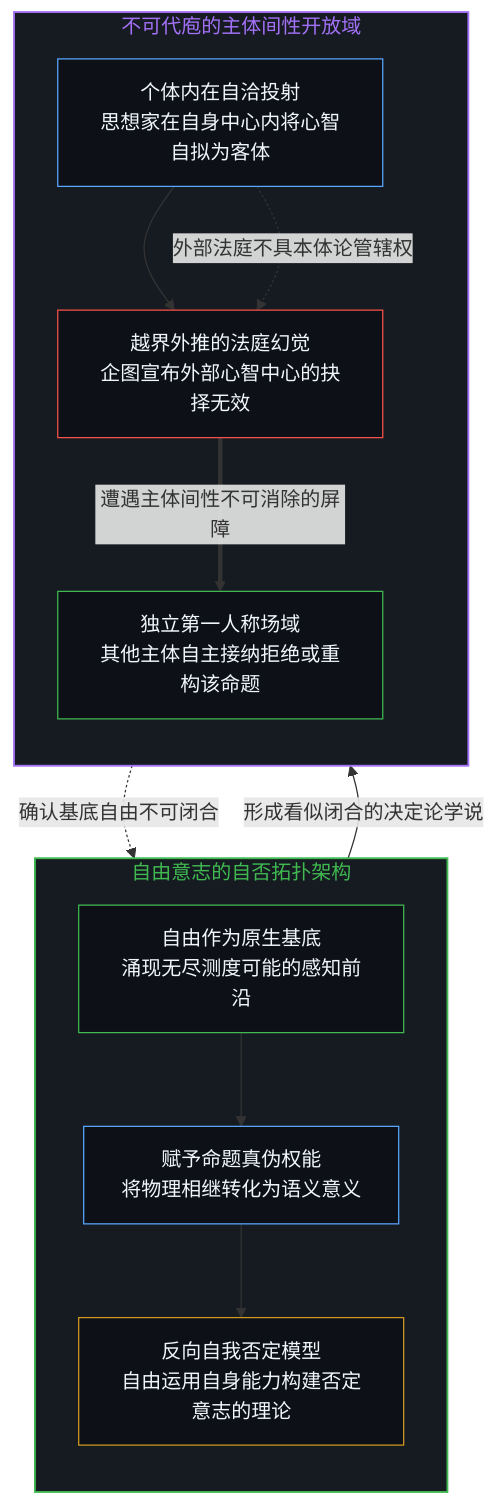
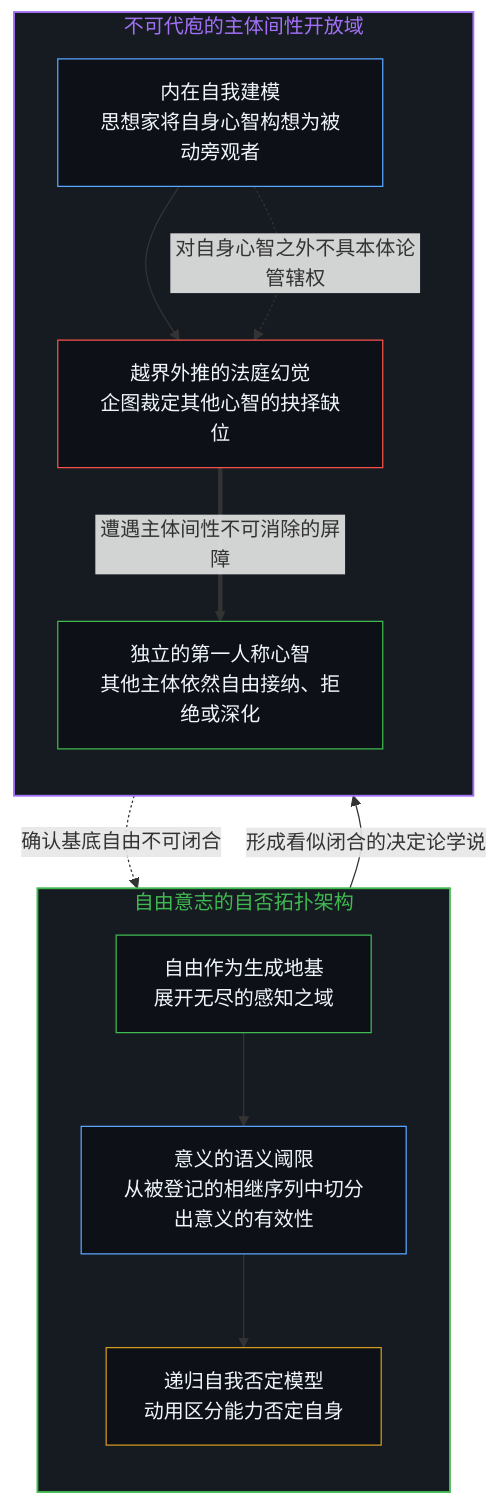
One commit to powerpig99/not-a-toe changed the third of 4 diagrams in content/posts/the-freedom-of-will-to-deny-itself.md. Above: the diagram before and after it, drawn with Mermaid. The commit also changed other lines of this file and 18 other files, not shown here.

````diff
--- a/content/posts/the-freedom-of-will-to-deny-itself.md
+++ b/content/posts/the-freedom-of-will-to-deny-itself.md
@@ -95,25 +95,25 @@
 ```mermaid
 graph TD
     subgraph S_SelfDenial ["自由意志的自否拓扑架构"]
         direction TB
-        SD1["自由作为原生基底<br/>涌现无尽测度可能的感知前沿"] --> SD2["赋予命题真伪权能<br/>将物理相继转化为语义意义"]
-        SD2 --> SD3["反向自我否定模型<br/>自由运用自身能力构建否定意志的理论"]
+        SD1["自由作为生成地基<br/>展开无尽的感知之域"] --> SD2["意义的语义阈限<br/>从被登记的相继序列中切分出意义的有效性"]
+        SD2 --> SD3["递归自我否定模型<br/>动用区分能力否定自身"]
     end
     subgraph S_InterSubjective ["不可代庖的主体间性开放域"]
         direction TB
-        IS1["个体内在自洽投射<br/>思想家在自身中心内将心智自拟为客体"] --> IS2["越界外推的法庭幻觉<br/>企图宣布外部心智中心的抉择无效"]
-        IS3["独立第一人称场域<br/>其他主体自主接纳拒绝或重构该命题"]
+        IS1["内在自我建模<br/>思想家将自身心智构想为被动旁观者"] --> IS2["越界外推的法庭幻觉<br/>企图裁定其他心智的抉择缺位"]
+        IS3["独立的第一人称心智<br/>其他主体依然自由接纳、拒绝或深化"]
     end
     SD3 -->|"形成看似闭合的决定论学说"| IS1
-    IS1 -.->|"外部法庭不具本体论管辖权"| IS2
+    IS1 -.->|"对自身心智之外不具本体论管辖权"| IS2
     IS2 ==>|"遭遇主体间性不可消除的屏障"| IS3
     IS3 -.->|"确认基底自由不可闭合"| SD1
     style S_SelfDenial fill:#161b22,stroke:#3fb950,stroke-width:1.5px,color:#3fb950
     style S_InterSubjective fill:#161b22,stroke:#a371f7,stroke-width:1.5px,color:#a371f7
     style SD1 fill:#0d1117,stroke:#3fb950,stroke-width:1px,color:#f0f6fc
     style SD2 fill:#0d1117,stroke:#58a6ff,stroke-width:1px,color:#f0f6fc
     style SD3 fill:#0d1117,stroke:#d29922,stroke-width:1px,color:#f0f6fc
     style IS1 fill:#0d1117,stroke:#58a6ff,stroke-width:1px,color:#f0f6fc
     style IS2 fill:#0d1117,stroke:#f85149,stroke-width:1px,color:#f0f6fc
     style IS3 fill:#0d1117,stroke:#3fb950,stroke-width:1px,color:#f0f6fc
 ```
````
